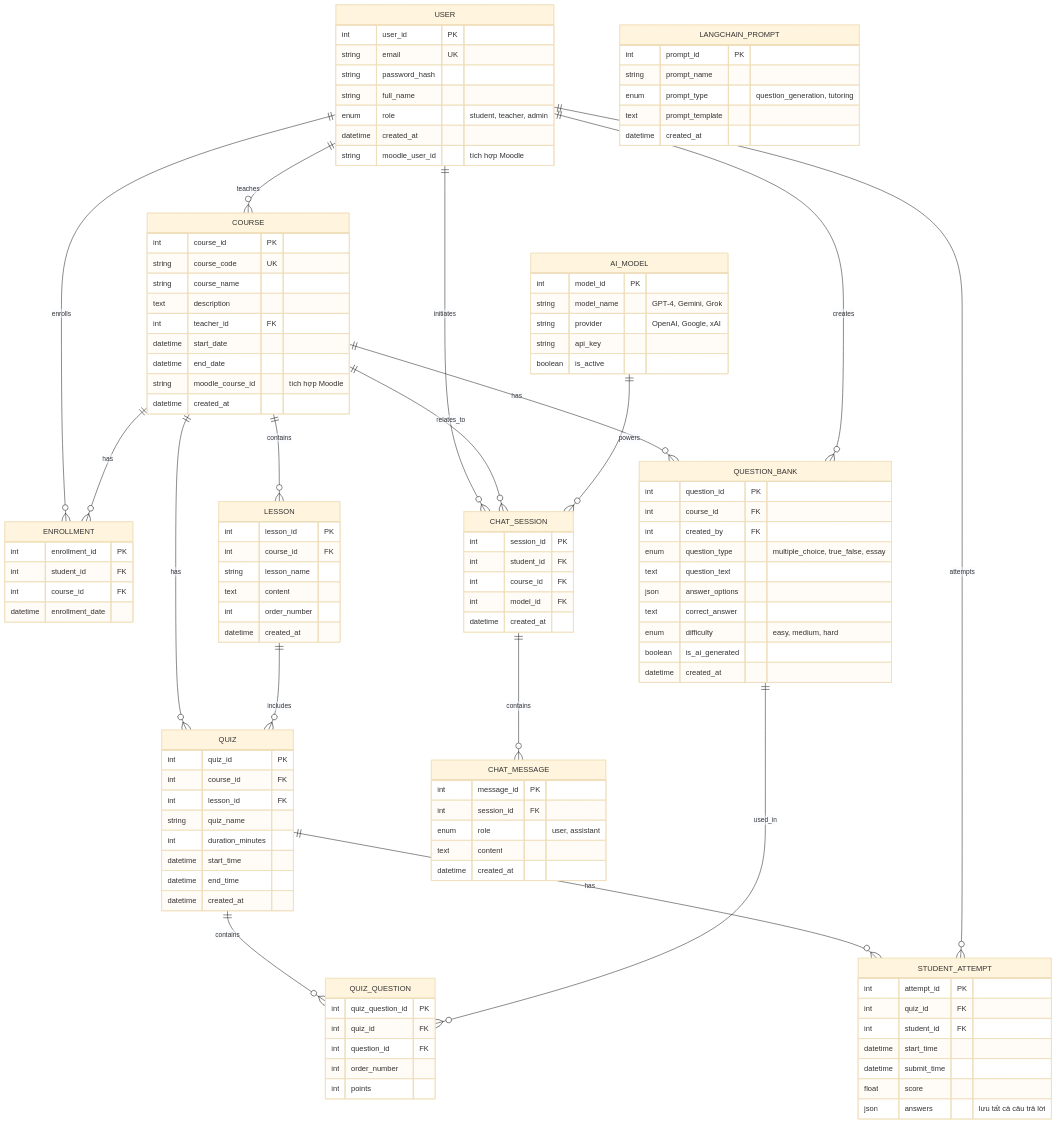
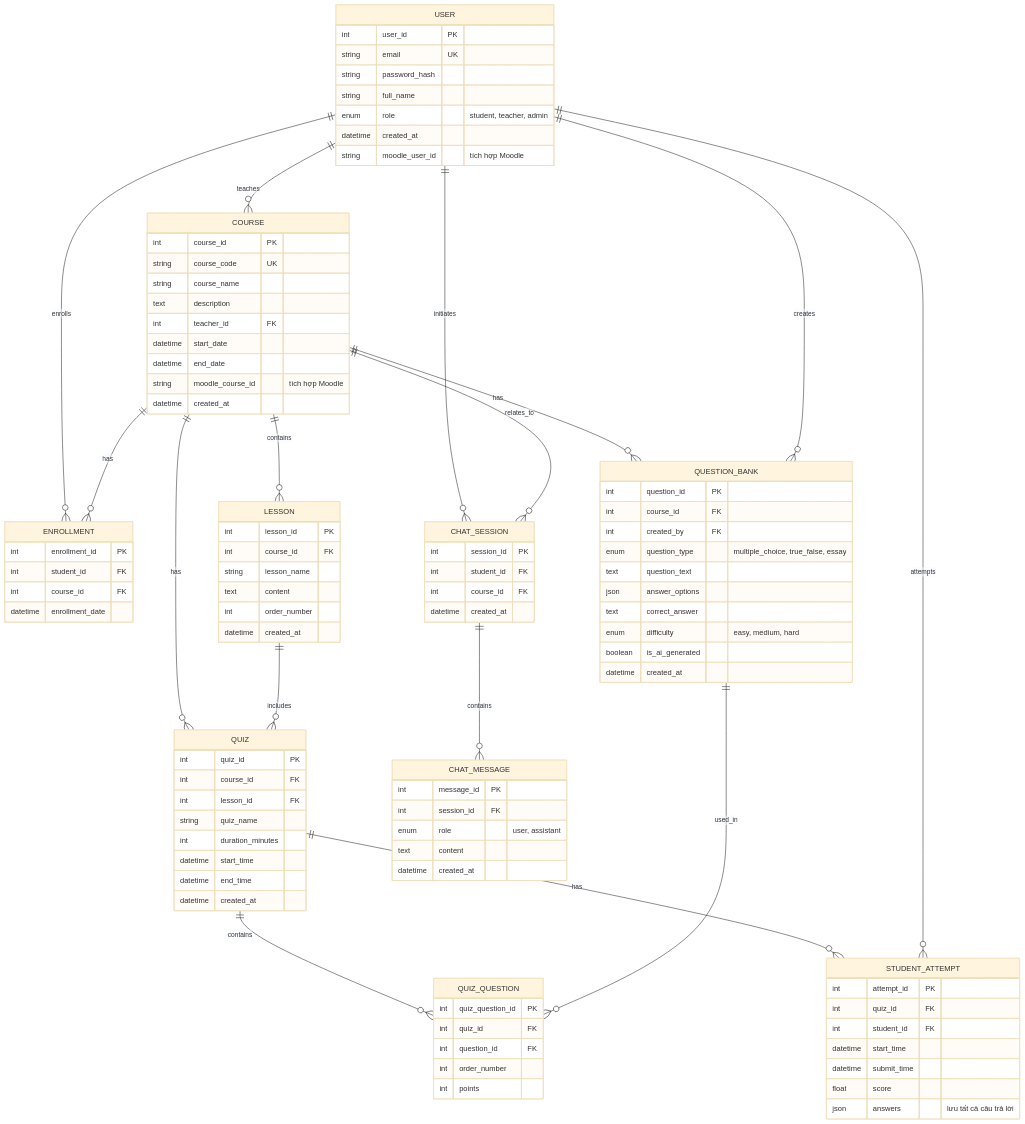
Before and after one commit to linhhoangnhat02062004/DACN_LMS_MOODLE: the diagram in LMS_AI_ERD.md, drawn with Mermaid (base theme). The commit also changed other lines of this file, not shown here.

````diff
--- a/LMS_AI_ERD.md
+++ b/LMS_AI_ERD.md
@@ -38,23 +39,6 @@
         string lesson_name
         text content
         int order_number
-        datetime created_at
-    }
-
-    %% AI Components
-    AI_MODEL {
-        int model_id PK
-        string model_name "GPT-4, Gemini, Grok"
-        string provider "OpenAI, Google, xAI"
-        string api_key
-        boolean is_active
-    }
-
-    LANGCHAIN_PROMPT {
-        int prompt_id PK
-        string prompt_name
-        enum prompt_type "question_generation, tutoring"
-        text prompt_template
         datetime created_at
     }
 
@@ -106,7 +90,6 @@
         int session_id PK
         int student_id FK
         int course_id FK
-        int model_id FK
         datetime created_at
     }
 
@@ -138,6 +121,5 @@
     %% Relationships - AI Chat
     USER ||--o{ CHAT_SESSION : "initiates"
     COURSE ||--o{ CHAT_SESSION : "relates_to"
-    AI_MODEL ||--o{ CHAT_SESSION : "powers"
     CHAT_SESSION ||--o{ CHAT_MESSAGE : "contains"
 ```
````
